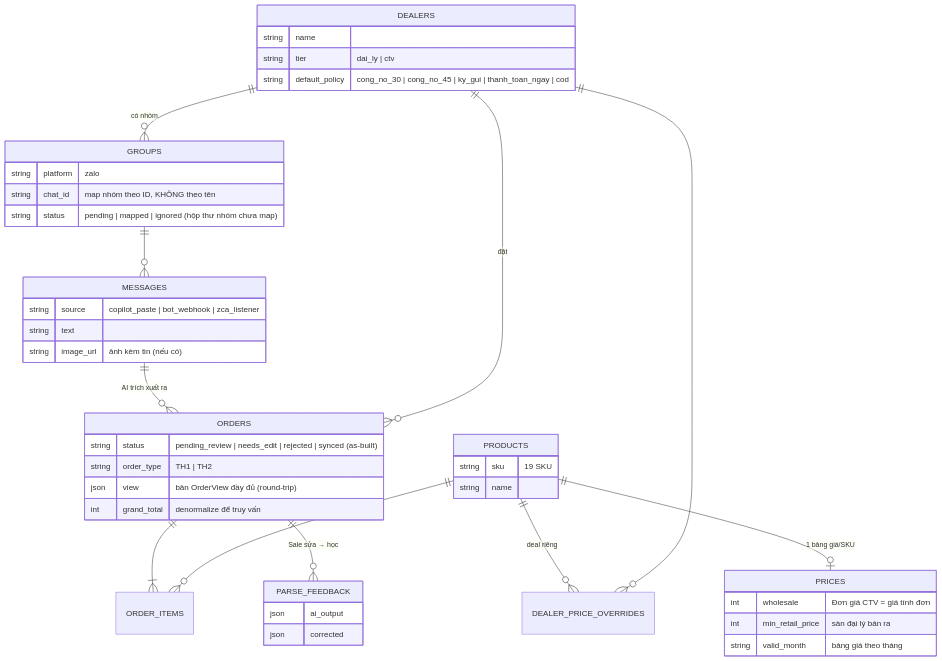
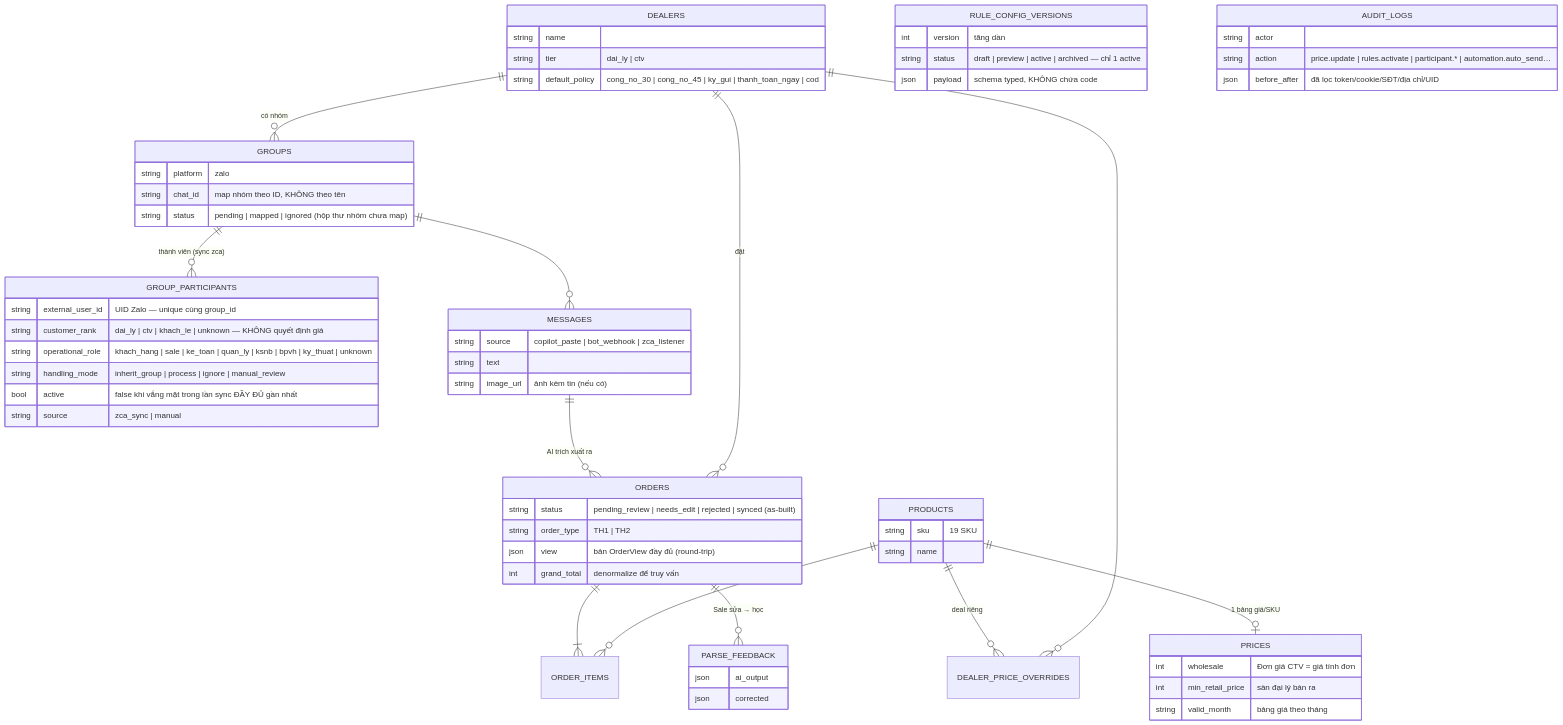
The tenth of 12 diagrams in docs/so-do-he-thong.md (phungtienviet14-sketch/nexagnet-platform), drawn with Mermaid before and after one commit. The commit also changed other lines of this file and 118 other files, not shown here.

````diff
--- a/docs/so-do-he-thong.md
+++ b/docs/so-do-he-thong.md
@@ -385,48 +390,67 @@
 ```mermaid
 erDiagram
     DEALERS ||--o{ GROUPS : "có nhóm"
+    GROUPS ||--o{ GROUP_PARTICIPANTS : "thành viên (sync zca)"
     GROUPS ||--o{ MESSAGES : ""
     MESSAGES ||--o{ ORDERS : "AI trích xuất ra"
     ORDERS ||--|{ ORDER_ITEMS : ""
     PRODUCTS ||--o{ ORDER_ITEMS : ""
     PRODUCTS ||--o| PRICES : "1 bảng giá/SKU"
     PRODUCTS ||--o{ DEALER_PRICE_OVERRIDES : "deal riêng"
     DEALERS ||--o{ DEALER_PRICE_OVERRIDES : ""
     DEALERS ||--o{ ORDERS : "đặt"
     ORDERS ||--o{ PARSE_FEEDBACK : "Sale sửa → học"
 
     DEALERS {
         string name
         string tier "dai_ly | ctv"
         string default_policy "cong_no_30 | cong_no_45 | ky_gui | thanh_toan_ngay | cod"
     }
     GROUPS {
         string platform "zalo"
         string chat_id "map nhóm theo ID, KHÔNG theo tên"
         string status "pending | mapped | ignored (hộp thư nhóm chưa map)"
     }
     MESSAGES {
         string source "copilot_paste | bot_webhook | zca_listener"
         string text
         string image_url "ảnh kèm tin (nếu có)"
     }
     ORDERS {
         string status "pending_review | needs_edit | rejected | synced (as-built)"
         string order_type "TH1 | TH2"
         json view "bản OrderView đầy đủ (round-trip)"
         int grand_total "denormalize để truy vấn"
     }
     PRODUCTS {
         string sku "19 SKU"
         string name
     }
     PRICES {
         int wholesale "Đơn giá CTV = giá tính đơn"
         int min_retail_price "sàn đại lý bán ra"
         string valid_month "bảng giá theo tháng"
     }
+    GROUP_PARTICIPANTS {
+        string external_user_id "UID Zalo — unique cùng group_id"
+        string customer_rank "dai_ly | ctv | khach_le | unknown — KHÔNG quyết định giá"
+        string operational_role "khach_hang | sale | ke_toan | quan_ly | ksnb | bpvh | ky_thuat | unknown"
+        string handling_mode "inherit_group | process | ignore | manual_review"
+        bool active "false khi vắng mặt trong lần sync ĐẦY ĐỦ gần nhất"
+        string source "zca_sync | manual"
+    }
+    RULE_CONFIG_VERSIONS {
+        int version "tăng dần"
+        string status "draft | preview | active | archived — chỉ 1 active"
+        json payload "schema typed, KHÔNG chứa code"
+    }
+    AUDIT_LOGS {
+        string actor
+        string action "price.update | rules.activate | participant.* | automation.auto_send…"
+        json before_after "đã lọc token/cookie/SĐT/địa chỉ/UID"
+    }
     PARSE_FEEDBACK {
         json ai_output
         json corrected
     }
 ```
````
